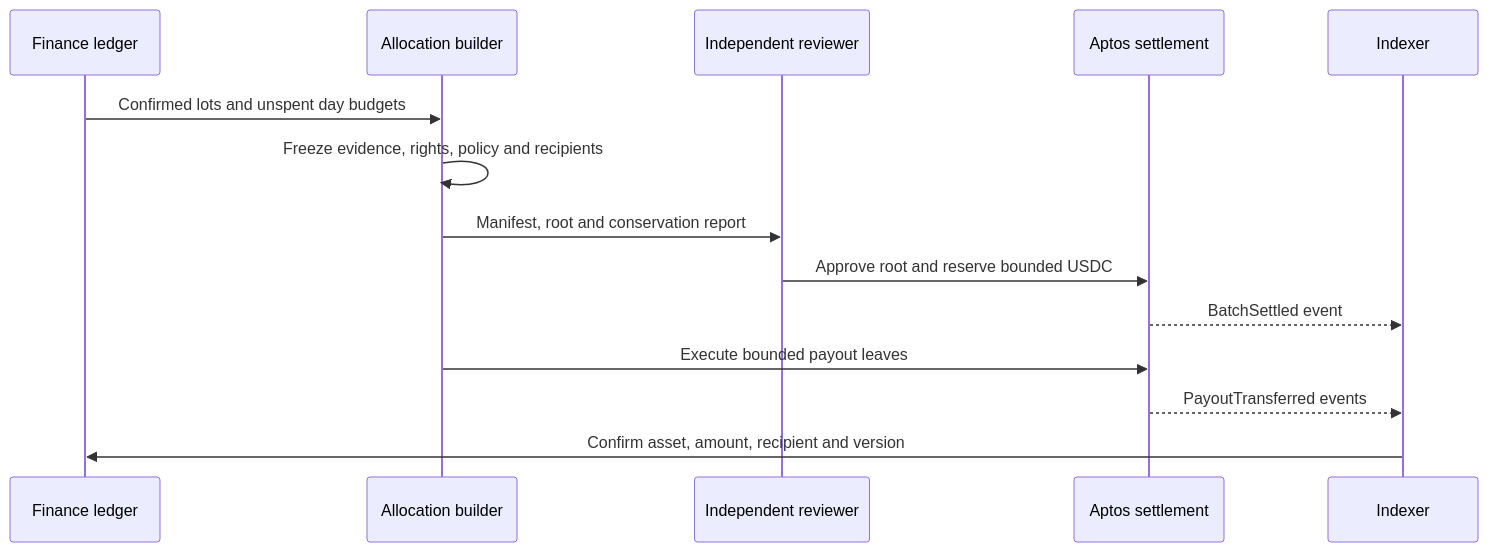
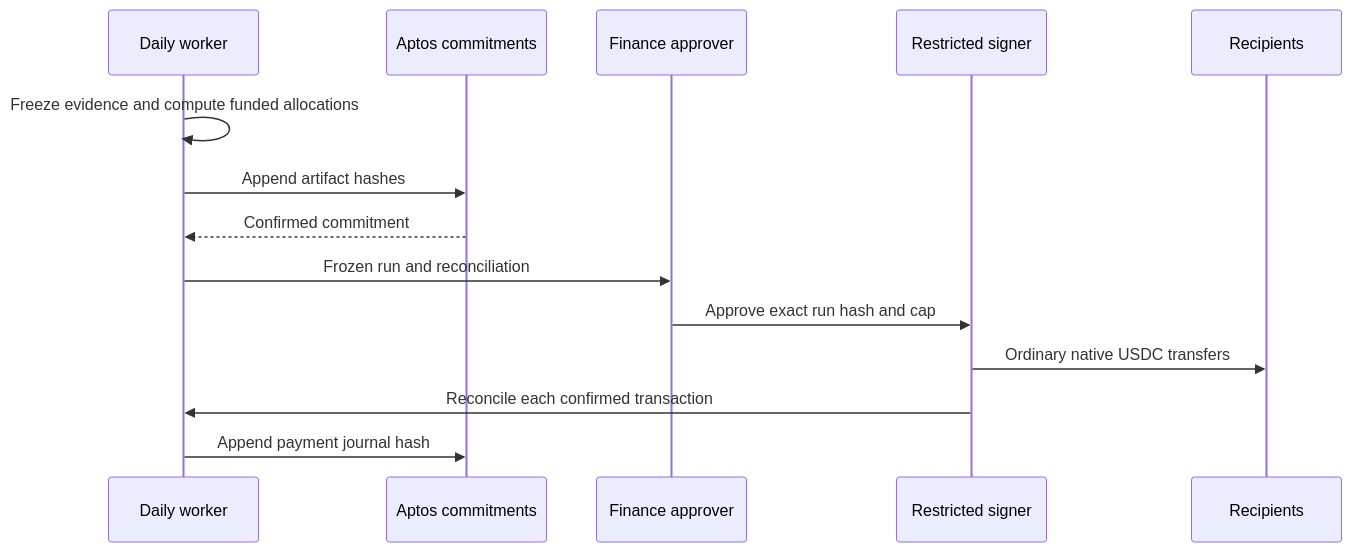
The second of 2 diagrams in london-0.1.0/08-usdc-treasury-and-settlement.md (porto-labs-xyz/docs), drawn with Mermaid before and after one commit. The commit also changed other lines of this file and 37 other files, not shown here.

Commit message:
Approve bounded London MVP specification with peer delivery

````diff
--- a/london-0.1.0/08-usdc-treasury-and-settlement.md
+++ b/london-0.1.0/08-usdc-treasury-and-settlement.md
@@ -45,16 +47,16 @@
 ```mermaid
 sequenceDiagram
-  participant F as Finance ledger
-  participant B as Allocation builder
-  participant R as Independent reviewer
-  participant C as Aptos settlement
-  participant I as Indexer
-  F->>B: Confirmed lots and unspent day budgets
-  B->>B: Freeze evidence, rights, policy and recipients
-  B->>R: Manifest, root and conservation report
-  R->>C: Approve root and reserve bounded USDC
-  C-->>I: BatchSettled event
-  B->>C: Execute bounded payout leaves
-  C-->>I: PayoutTransferred events
-  I->>F: Confirm asset, amount, recipient and version
+  participant W as Daily worker
+  participant C as Aptos commitments
+  participant F as Finance approver
+  participant S as Restricted signer
+  participant R as Recipients
+  W->>W: Freeze evidence and compute funded allocations
+  W->>C: Append artifact hashes
+  C-->>W: Confirmed commitment
+  W->>F: Frozen run and reconciliation
+  F->>S: Approve exact run hash and cap
+  S->>R: Ordinary native USDC transfers
+  S->>W: Reconcile each confirmed transaction
+  W->>C: Append payment journal hash
 ```
````
